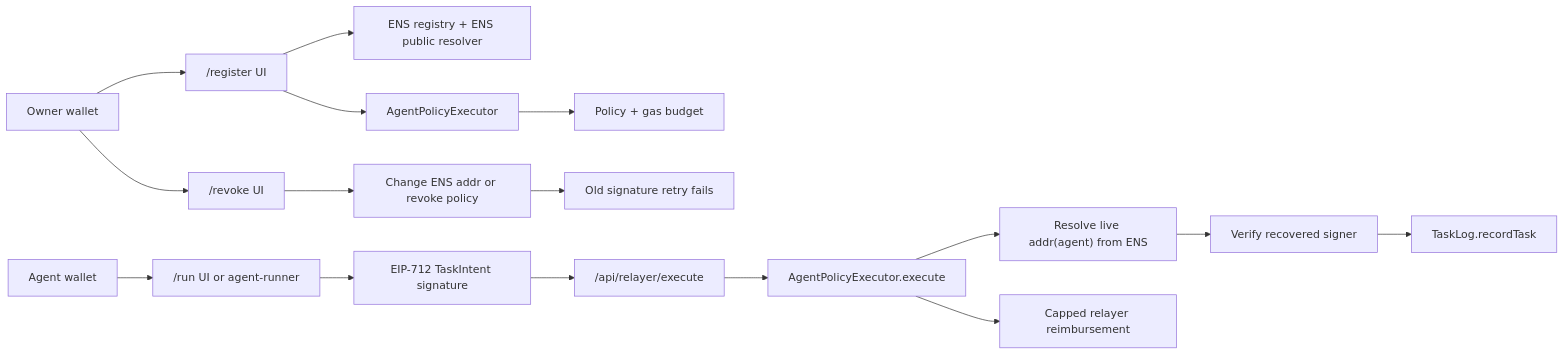
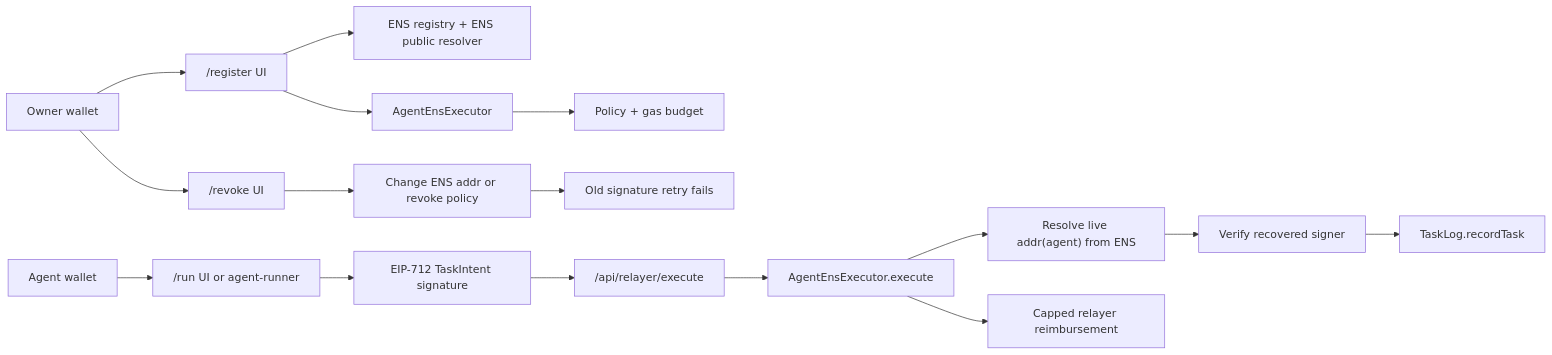
One commit to sarvesh1327/agentpassports.eth changed the diagram in README.md. Above: the diagram before and after it, drawn with Mermaid. The commit also changed other lines of this file and 25 other files, not shown here.

Commit message:
Refactor executor ABI and async relayer receipts

````diff
--- a/README.md
+++ b/README.md
@@ -47,20 +47,20 @@
 ```mermaid
 flowchart LR
   Owner["Owner wallet"] --> Register["/register UI"]
   Register --> ENS["ENS registry + ENS public resolver"]
-  Register --> Executor["AgentPolicyExecutor"]
+  Register --> Executor["AgentEnsExecutor"]
   Executor --> Policy["Policy + gas budget"]
 
   Agent["Agent wallet"] --> Run["/run UI or agent-runner"]
   Run --> Intent["EIP-712 TaskIntent signature"]
   Intent --> Relayer["/api/relayer/execute"]
-  Relayer --> Execute["AgentPolicyExecutor.execute"]
+  Relayer --> Execute["AgentEnsExecutor.execute"]
   Execute --> ENSRead["Resolve live addr(agent) from ENS"]
   ENSRead --> Verify["Verify recovered signer"]
   Verify --> TaskLog["TaskLog.recordTask"]
   Execute --> Reimburse["Capped relayer reimbursement"]
 
   Owner --> Revoke["/revoke UI"]
   Revoke --> ENSChange["Change ENS addr or revoke policy"]
   ENSChange --> OldSignature["Old signature retry fails"]
 ```
````
